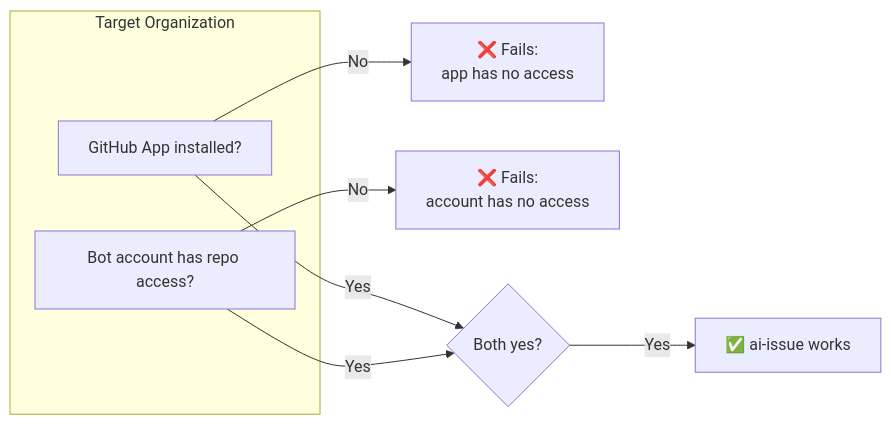
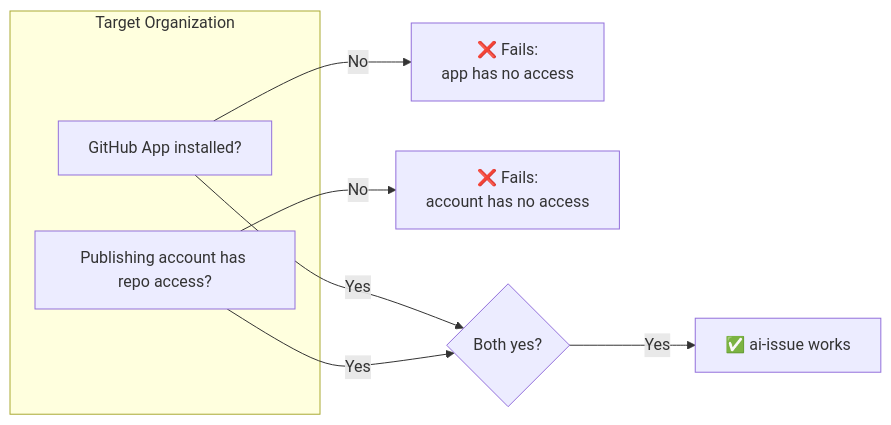
One commit to replworks/ai-issue changed the diagram in README.md. Above: the diagram before and after it, drawn with Mermaid. The commit also changed other lines of this file, not shown here.

````diff
--- a/README.md
+++ b/README.md
@@ -107,12 +123,12 @@
 ```mermaid
 flowchart LR
     subgraph Org["Target Organization"]
         A[GitHub App installed?]
-        B[Bot account has repo access?]
+        B[Publishing account has repo access?]
     end
     A -->|No| F1[❌ Fails:<br/>app has no access]
     B -->|No| F2[❌ Fails:<br/>account has no access]
     A -->|Yes| C{Both yes?}
     B -->|Yes| C
     C -->|Yes| S[✅ ai-issue works]
 ```
````
